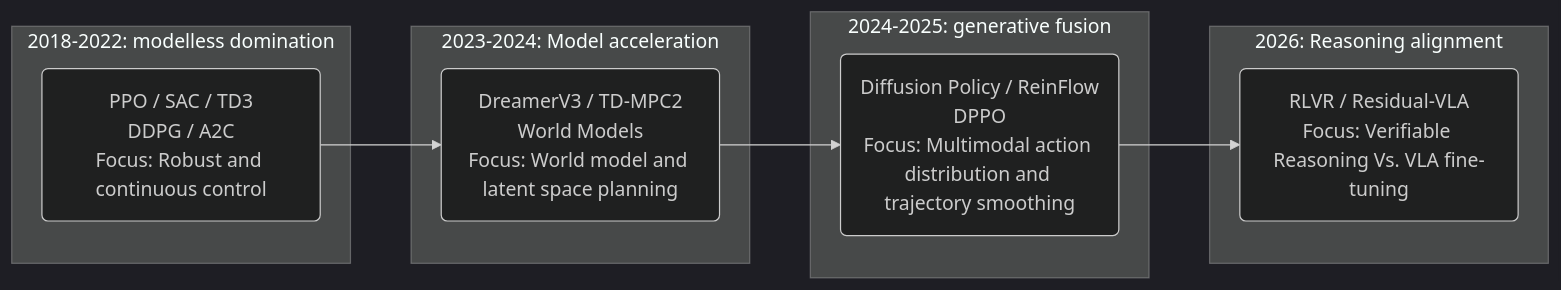
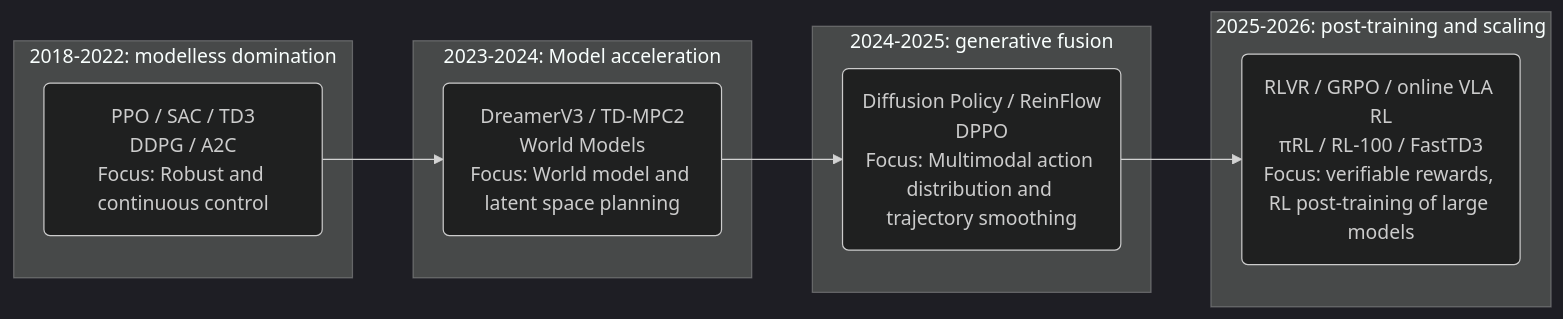
One commit to TingdeLiu/tingdeliu.github.io changed the second of 24 diagrams in _translations/en/research/Reinforcement-Learning-Survey.md. Above: the diagram before and after it, drawn with Mermaid (dark theme). The commit also changed other lines of this file and 17 other files, not shown here.

````diff
--- a/_translations/en/research/Reinforcement-Learning-Survey.md
+++ b/_translations/en/research/Reinforcement-Learning-Survey.md
@@ -132,22 +200,22 @@
 ```mermaid
 graph LR
     A["basic control period"] --> B["Efficiency leap period"]
     B --> C["period of generative change"]
     C --> D["logical reasoning period"]
 
     subgraph "2018-2022: modelless domination"
     A("PPO / SAC / TD3<br/>DDPG / A2C<br/>Focus: Robust and continuous control")
     end
 
     subgraph "2023-2024: Model acceleration"
     B("DreamerV3 / TD-MPC2<br/>World Models<br/>Focus: World model and latent space planning")
     end
 
     subgraph "2024-2025: generative fusion"
     C("Diffusion Policy / ReinFlow<br/>DPPO<br/>Focus: Multimodal action distribution and trajectory smoothing")
     end
 
-    subgraph "2026: Reasoning alignment"
-    D("RLVR / Residual-VLA<br/>Focus: Verifiable Reasoning Vs. VLA fine-tuning")
+    subgraph "2025-2026: post-training and scaling"
+    D("RLVR / GRPO / online VLA RL<br/>πRL / RL-100 / FastTD3<br/>Focus: verifiable rewards, RL post-training of large models")
     end
 ```
````
